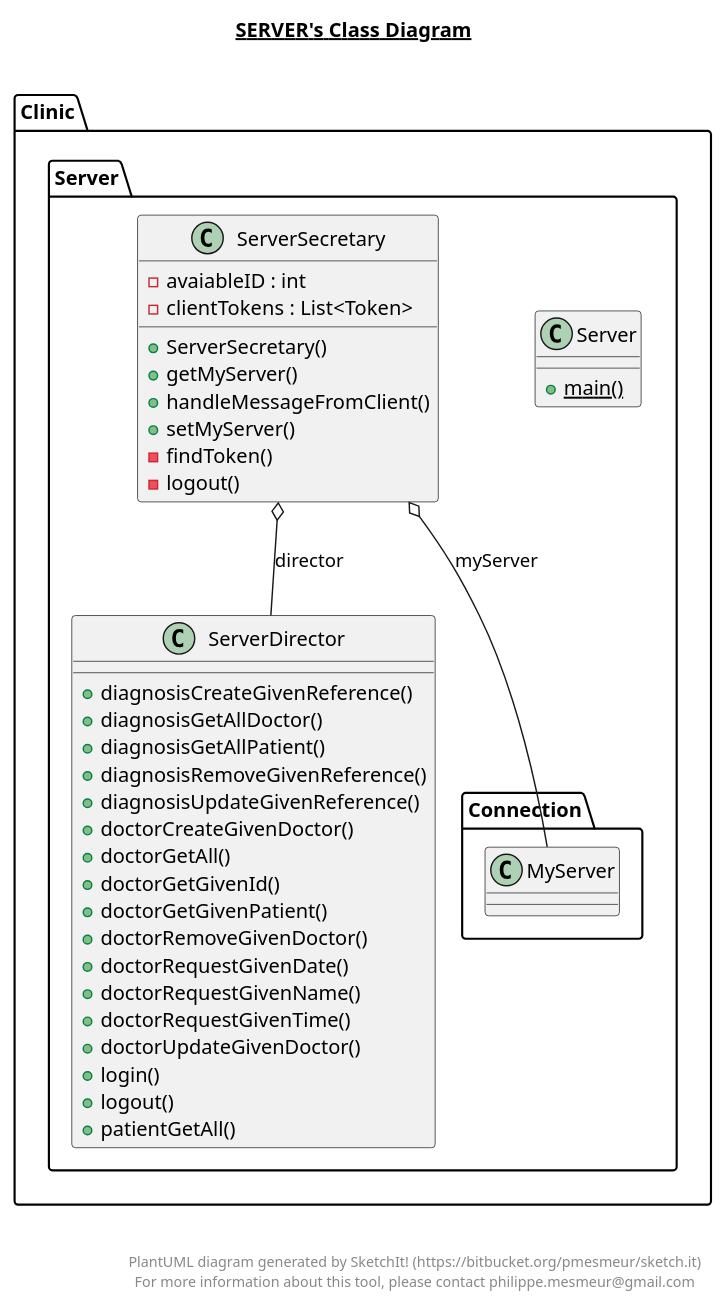
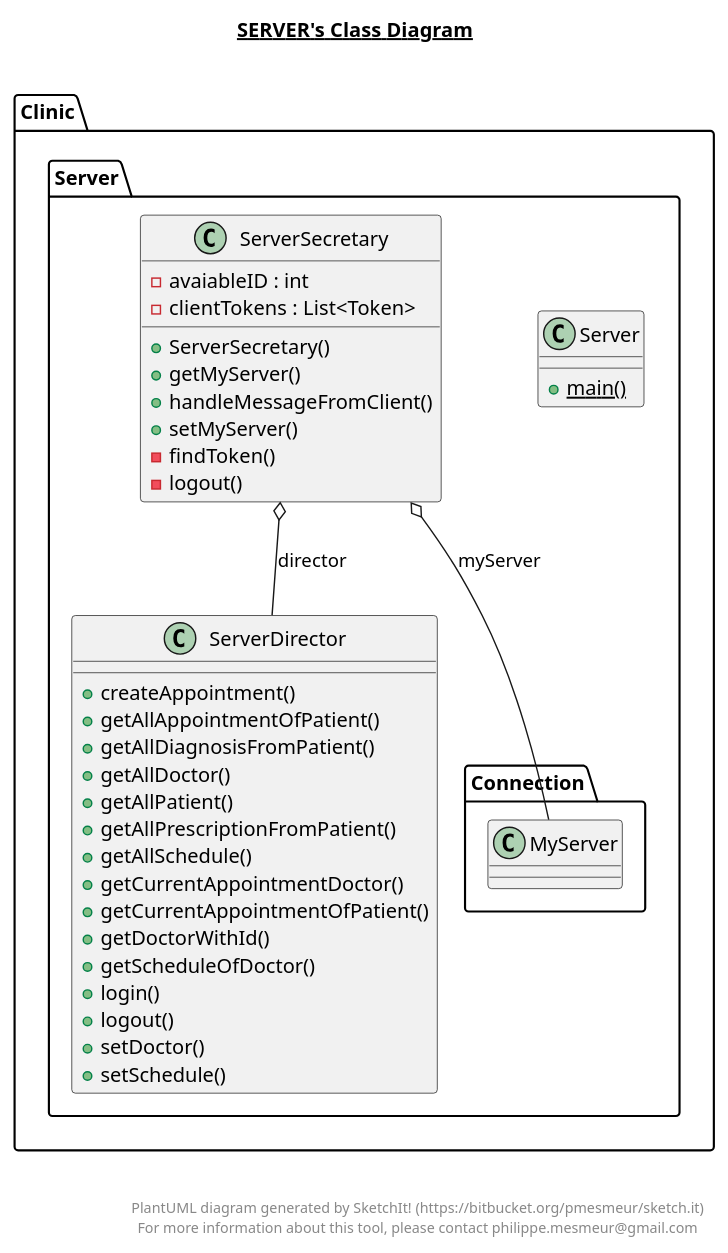
One commit to AidanJohnston/Omar changed the diagram in src/Clinic/Server/Server.puml. Above: the diagram before and after it, drawn with PlantUML. The commit also changed 5 other files, not shown here.

```diff
--- a/src/Clinic/Server/Server.puml
+++ b/src/Clinic/Server/Server.puml
@@ -1,60 +1,58 @@
 @startuml
 
 title __SERVER's Class Diagram__\n
 
   namespace Clinic.Server {
     class Clinic.Server.Server {
         {static} + main()
     }
   }
   
 
   namespace Clinic.Server {
     class Clinic.Server.ServerDirector {
-        + diagnosisCreateGivenReference()
-        + diagnosisGetAllDoctor()
-        + diagnosisGetAllPatient()
-        + diagnosisRemoveGivenReference()
-        + diagnosisUpdateGivenReference()
-        + doctorCreateGivenDoctor()
-        + doctorGetAll()
-        + doctorGetGivenId()
-        + doctorGetGivenPatient()
-        + doctorRemoveGivenDoctor()
-        + doctorRequestGivenDate()
-        + doctorRequestGivenName()
-        + doctorRequestGivenTime()
-        + doctorUpdateGivenDoctor()
+        + createAppointment()
+        + getAllAppointmentOfPatient()
+        + getAllDiagnosisFromPatient()
+        + getAllDoctor()
+        + getAllPatient()
+        + getAllPrescriptionFromPatient()
+        + getAllSchedule()
+        + getCurrentAppointmentDoctor()
+        + getCurrentAppointmentOfPatient()
+        + getDoctorWithId()
+        + getScheduleOfDoctor()
         + login()
         + logout()
-        + patientGetAll()
+        + setDoctor()
+        + setSchedule()
     }
   }
   
 
   namespace Clinic.Server {
     class Clinic.Server.ServerSecretary {
         - avaiableID : int
         - clientTokens : List<Token>
         + ServerSecretary()
         + getMyServer()
         + handleMessageFromClient()
         + setMyServer()
         - findToken()
         - logout()
     }
   }
   
 
   Clinic.Server.ServerSecretary o-- Clinic.Server.ServerDirector : director
   Clinic.Server.ServerSecretary o-- Clinic.Server.Connection.MyServer : myServer
 
 
 right footer
 
 
 PlantUML diagram generated by SketchIt! (https://bitbucket.org/pmesmeur/sketch.it)
 For more information about this tool, please contact philippe.mesmeur@gmail.com
 endfooter
 
 @enduml
```
